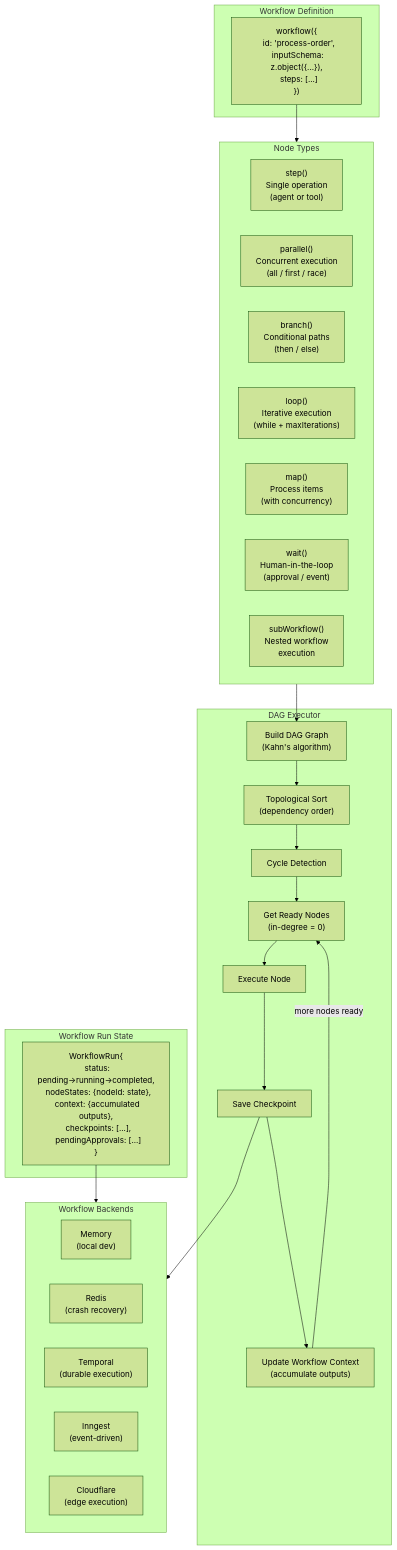
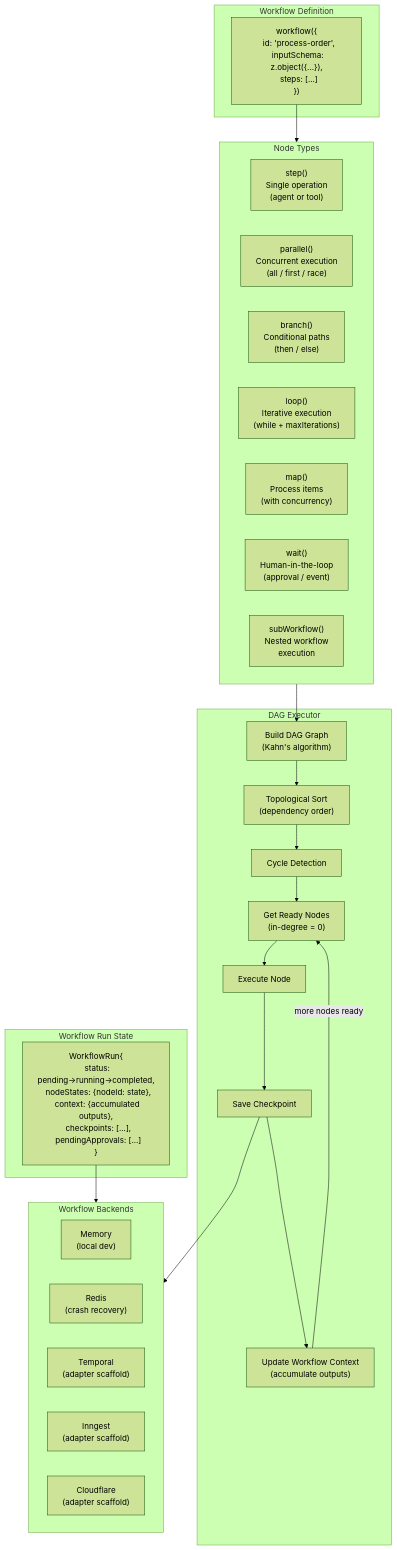
Before and after one commit to veryfront/veryfront-code: the fourth of 6 diagrams in docs/architecture/03-ai-agent-system.md, drawn with Mermaid (forest theme). The commit also changed other lines of this file and 28 other files, not shown here.

````diff
--- a/docs/architecture/03-ai-agent-system.md
+++ b/docs/architecture/03-ai-agent-system.md
@@ -174,51 +175,51 @@
 ```mermaid
 flowchart TD
     subgraph Definition["Workflow Definition"]
         WfFactory["workflow({<br/>  id: 'process-order',<br/>  inputSchema: z.object({...}),<br/>  steps: [...]<br/>})"]
     end
 
     subgraph NodeTypes["Node Types"]
         StepNode["step()<br/>Single operation<br/>(agent or tool)"]
         ParallelNode["parallel()<br/>Concurrent execution<br/>(all / first / race)"]
         BranchNode["branch()<br/>Conditional paths<br/>(then / else)"]
         LoopNode["loop()<br/>Iterative execution<br/>(while + maxIterations)"]
         MapNode["map()<br/>Process items<br/>(with concurrency)"]
         WaitNode["wait()<br/>Human-in-the-loop<br/>(approval / event)"]
         SubWf["subWorkflow()<br/>Nested workflow<br/>execution"]
     end
 
     subgraph Executor["DAG Executor"]
         BuildGraph["Build DAG Graph<br/>(Kahn's algorithm)"]
         TopoSort["Topological Sort<br/>(dependency order)"]
         CycleCheck["Cycle Detection"]
         ReadyNodes["Get Ready Nodes<br/>(in-degree = 0)"]
         ExecNode["Execute Node"]
         Checkpoint["Save Checkpoint"]
         UpdateCtx["Update Workflow Context<br/>(accumulate outputs)"]
     end
 
     subgraph Backends["Workflow Backends"]
         MemoryBE["Memory<br/>(local dev)"]
         RedisBE["Redis<br/>(crash recovery)"]
-        TemporalBE["Temporal<br/>(durable execution)"]
-        InngestBE["Inngest<br/>(event-driven)"]
-        CloudflareBE["Cloudflare<br/>(edge execution)"]
+        TemporalBE["Temporal<br/>(adapter scaffold)"]
+        InngestBE["Inngest<br/>(adapter scaffold)"]
+        CloudflareBE["Cloudflare<br/>(adapter scaffold)"]
     end
 
     subgraph State["Workflow Run State"]
         RunState["WorkflowRun{<br/>  status: pending→running→completed,<br/>  nodeStates: {nodeId: state},<br/>  context: {accumulated outputs},<br/>  checkpoints: [...],<br/>  pendingApprovals: [...]<br/>}"]
     end
 
     WfFactory --> NodeTypes
     NodeTypes --> BuildGraph
     BuildGraph --> TopoSort
     TopoSort --> CycleCheck
     CycleCheck --> ReadyNodes
     ReadyNodes --> ExecNode
     ExecNode --> Checkpoint
     Checkpoint --> UpdateCtx
     UpdateCtx -->|"more nodes ready"| ReadyNodes
 
     Checkpoint --> Backends
     RunState --> Backends
 ```
````
